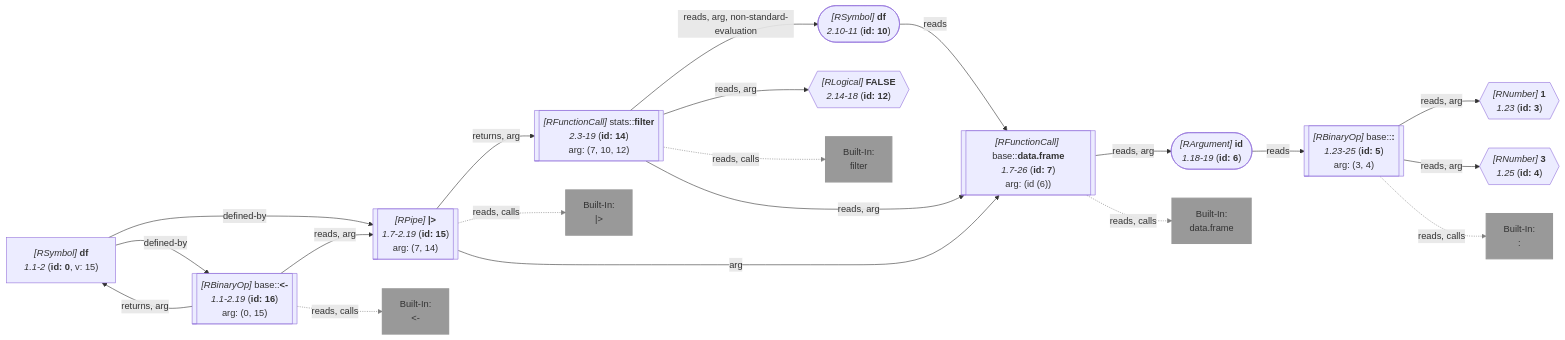
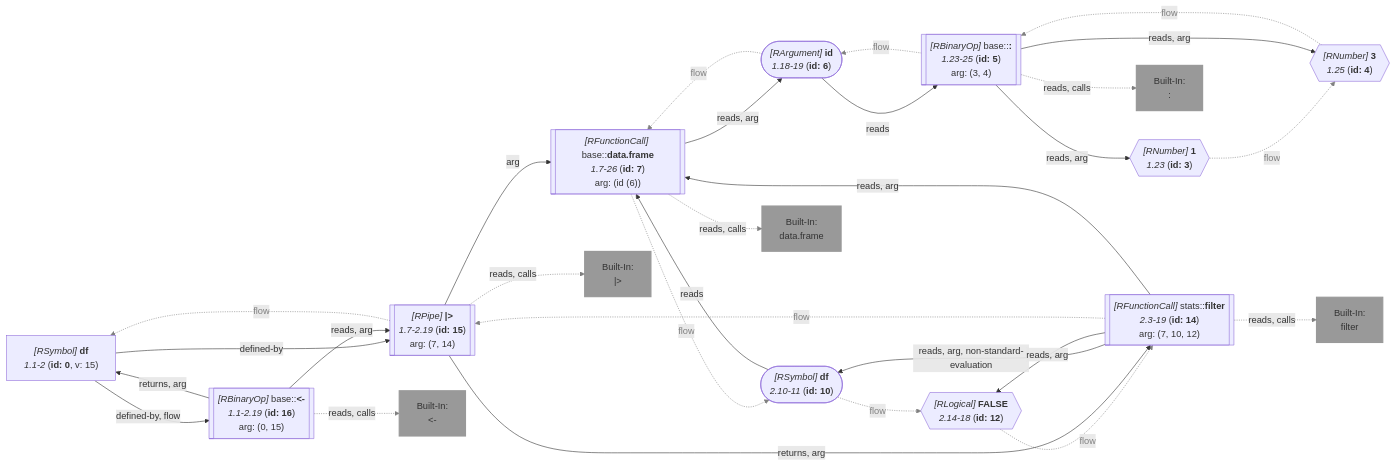
The first of 2 diagrams in wiki/[Query] Abstract Interpretation.md (flowr-analysis/flowr), drawn with Mermaid before and after one commit. The commit also changed other lines of this file and 141 other files, not shown here.

````diff
--- a/wiki/[Query] Abstract Interpretation.md
+++ b/wiki/[Query] Abstract Interpretation.md
@@ -128,10 +128,8 @@
 flowchart LR
     3{{"`*#91;RNumber#93;* **1**
       *1.23* (**id: 3**)`"}}
-   %% No edges found for 3
     4{{"`*#91;RNumber#93;* **3**
       *1.25* (**id: 4**)`"}}
-   %% No edges found for 4
     5[["`*#91;RBinaryOp#93;* base#58;#58;**#58;**
       *1.23-25* (**id: 5**)
     arg: (3, 4)`"]]
@@ -150,7 +148,6 @@
       *2.10-11* (**id: 10**)`"])
     12{{"`*#91;RLogical#93;* **FALSE**
       *2.14-18* (**id: 12**)`"}}
-   %% No edges found for 12
     14[["`*#91;RFunctionCall#93;* stats#58;#58;**filter**
       *2.3-19* (**id: 14**)
     arg: (7, 10, 12)`"]]
@@ -171,28 +168,46 @@
     built-in:_-["`Built-In:
 #60;#45;`"]
     style built-in:_- stroke:gray,fill:gray,stroke-width:2px,opacity:.8;
+    3 -.->|"flow"| 4
+    linkStyle 0 stroke:gray,color:gray;
+    4 -.->|"flow"| 5
+    linkStyle 1 stroke:gray,color:gray;
     5 -->|"reads, arg"| 3
     5 -->|"reads, arg"| 4
+    5 -.->|"flow"| 6
+    linkStyle 4 stroke:gray,color:gray;
     5 -.->|"reads, calls"| built-in::
-    linkStyle 2 stroke:gray;
+    linkStyle 5 stroke:gray;
     6 -->|"reads"| 5
+    6 -.->|"flow"| 7
+    linkStyle 7 stroke:gray,color:gray;
     7 -->|"reads, arg"| 6
+    7 -.->|"flow"| 10
+    linkStyle 9 stroke:gray,color:gray;
     7 -.->|"reads, calls"| built-in:data.frame
-    linkStyle 5 stroke:gray;
+    linkStyle 10 stroke:gray;
+    10 -.->|"flow"| 12
+    linkStyle 11 stroke:gray,color:gray;
     10 -->|"reads"| 7
+    12 -.->|"flow"| 14
+    linkStyle 13 stroke:gray,color:gray;
     14 -->|"reads, arg, non-standard-evaluation"| 10
     14 -->|"reads, arg"| 12
+    14 -.->|"flow"| 15
+    linkStyle 16 stroke:gray,color:gray;
     14 -->|"reads, arg"| 7
     14 -.->|"reads, calls"| built-in:filter
-    linkStyle 10 stroke:gray;
+    linkStyle 18 stroke:gray;
     15 -->|"arg"| 7
     15 -->|"returns, arg"| 14
+    15 -.->|"flow"| 0
+    linkStyle 21 stroke:gray,color:gray;
     15 -.->|"reads, calls"| built-in:__
-    linkStyle 13 stroke:gray;
+    linkStyle 22 stroke:gray;
+    0 -->|"defined-by, flow"| 16
     0 -->|"defined-by"| 15
-    0 -->|"defined-by"| 16
     16 -->|"reads, arg"| 15
     16 -->|"returns, arg"| 0
     16 -.->|"reads, calls"| built-in:_-
-    linkStyle 18 stroke:gray;
+    linkStyle 27 stroke:gray;
 ```
````
